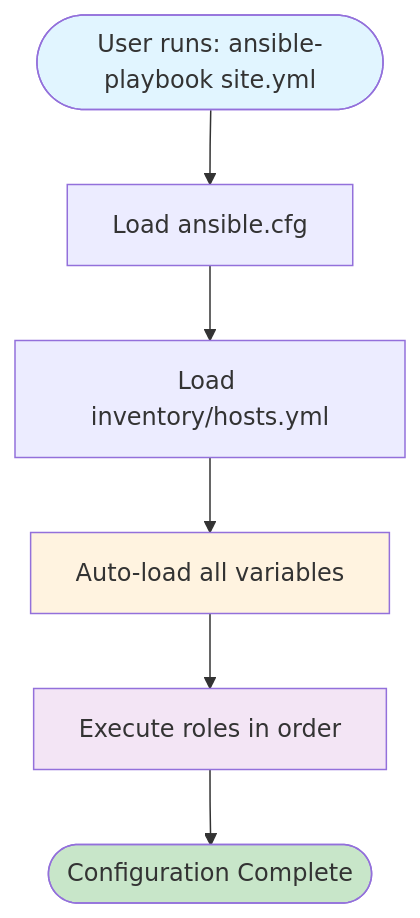
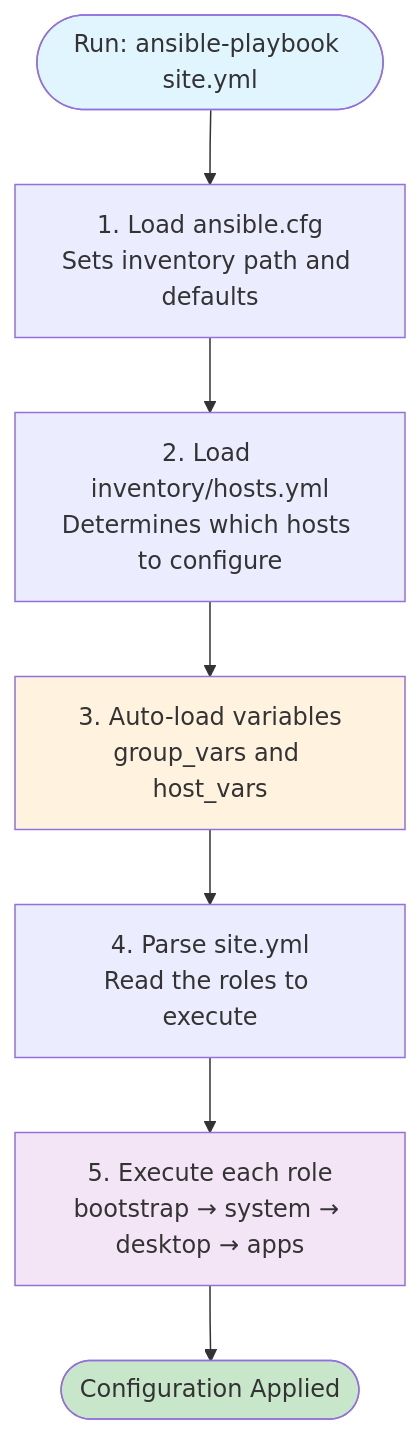
Before and after one commit to bashfulrobot/desktoperator: the first of 5 diagrams in docs/ansible-architecture.md, drawn with Mermaid. The commit also changed other lines of this file, not shown here.

Commit message:
Simplify ansible-architecture.md to focus on concepts over exhaustive documentation

````diff
--- a/docs/ansible-architecture.md
+++ b/docs/ansible-architecture.md
@@ -16,20 +9,17 @@
 ```mermaid
 flowchart TB
-    Start([User runs: ansible-playbook site.yml])
-    LoadConfig[Load ansible.cfg]
-    LoadInventory[Load inventory/hosts.yml]
-    LoadVars[Auto-load all variables]
-    ExecuteRoles[Execute roles in order]
-    Done([Configuration Complete])
+    Start([Run: ansible-playbook site.yml])
+    Config[1. Load ansible.cfg<br/>Sets inventory path and defaults]
+    Inventory[2. Load inventory/hosts.yml<br/>Determines which hosts to configure]
+    Variables[3. Auto-load variables<br/>group_vars and host_vars]
+    Playbook[4. Parse site.yml<br/>Read the roles to execute]
+    Execute[5. Execute each role<br/>bootstrap → system → desktop → apps]
+    Done([Configuration Applied])
     
-    Start --> LoadConfig
-    LoadConfig --> LoadInventory
-    LoadInventory --> LoadVars
-    LoadVars --> ExecuteRoles
-    ExecuteRoles --> Done
+    Start --> Config --> Inventory --> Variables --> Playbook --> Execute --> Done
     
     style Start fill:#e1f5ff
     style Done fill:#c8e6c9
-    style LoadVars fill:#fff3e0
-    style ExecuteRoles fill:#f3e5f5
+    style Variables fill:#fff3e0
+    style Execute fill:#f3e5f5
 ```
````
